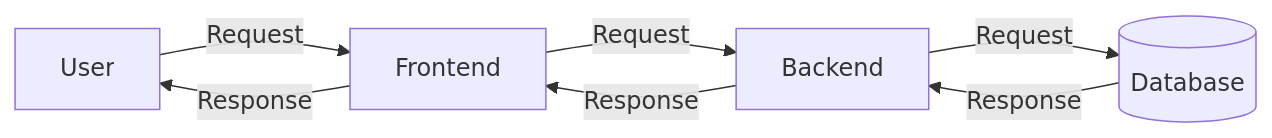
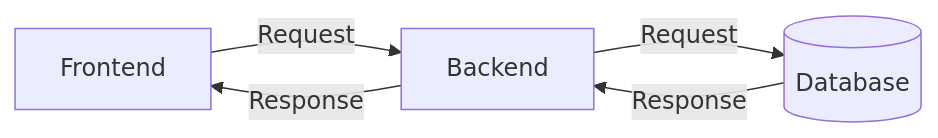
The first of 2 diagrams in README.md (software-development-project-1/project-template), drawn with Mermaid before and after one commit.

````diff
--- a/README.md
+++ b/README.md
@@ -58,9 +58,7 @@
   ```mermaid
 graph LR;
-    User -->|Request| Frontend;
     Frontend -->|Request| Backend;
     Backend -->|Request| id1[(Database)];
     id1 -->|Response| Backend;
     Backend -->|Response| Frontend;
-    Frontend -->|Response| User;
 ```
````
